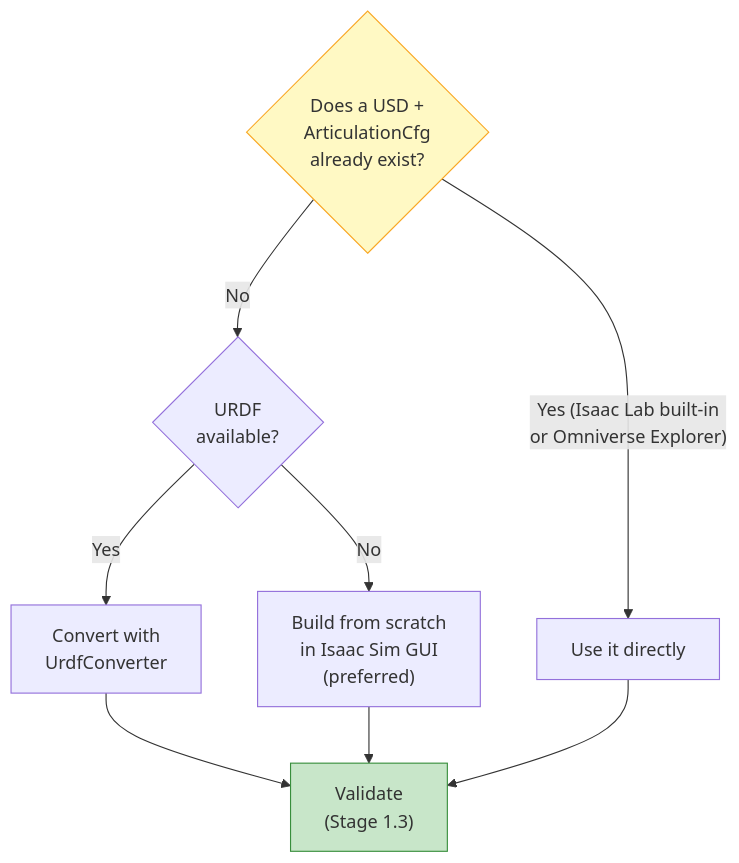
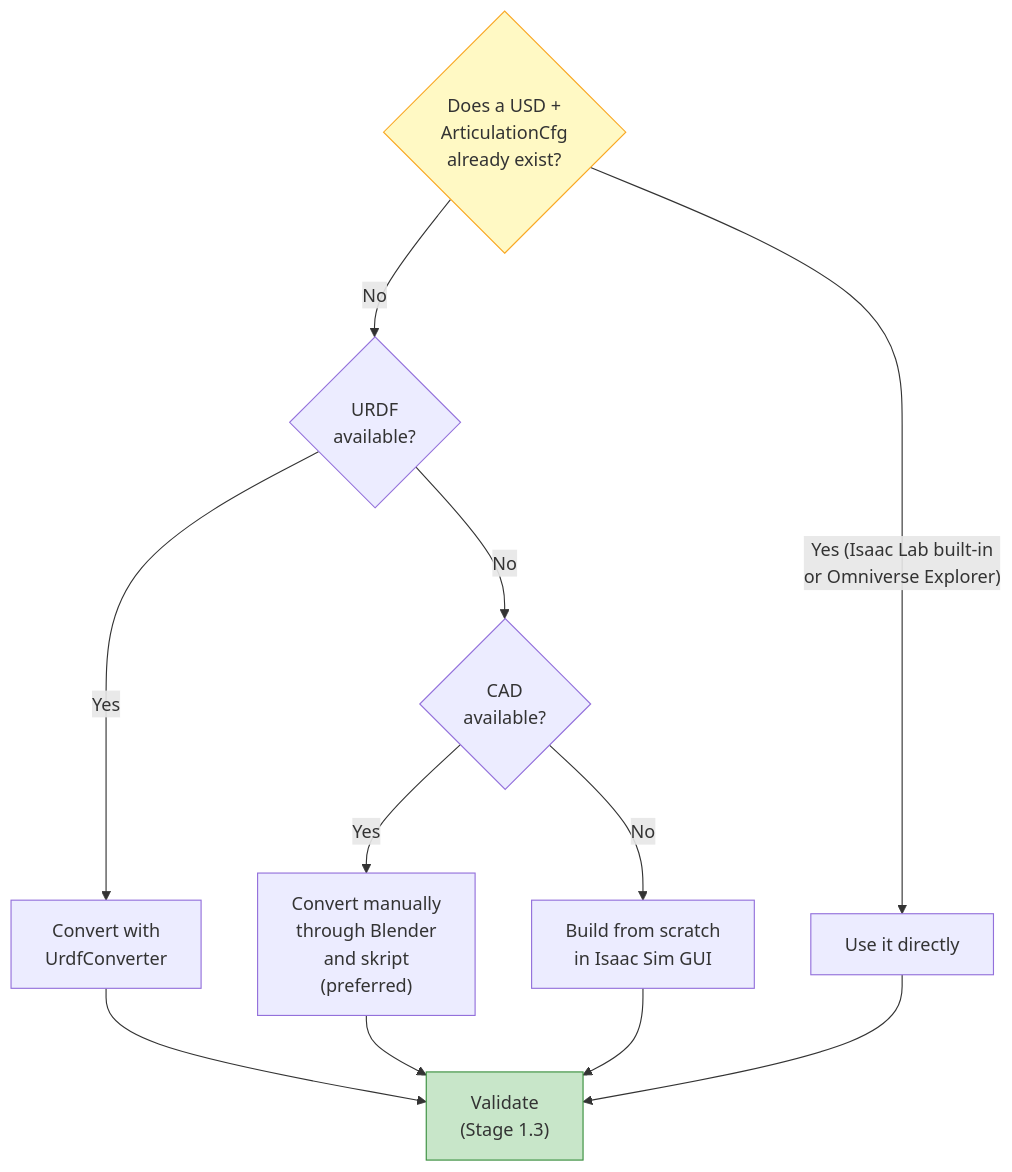
One commit to gMey00/tendonbot-sim-rl changed the second of 6 diagrams in doc/workflow_guide.md. Above: the diagram before and after it, drawn with Mermaid. The commit also changed other lines of this file and 1 other file, not shown here.

Commit message:
Update workflow guides for used cad to sim workflow

````diff
--- a/doc/workflow_guide.md
+++ b/doc/workflow_guide.md
@@ -82,14 +82,17 @@
 ```mermaid
 flowchart TD
     Q{"Does a USD +<br/>ArticulationCfg<br/>already exist?"}
     Q -- "Yes (Isaac Lab built-in<br/>or Omniverse Explorer)" --> U["Use it directly"]
     Q -- "No" --> B{"URDF<br/>available?"}
     B -- "Yes" --> C["Convert with<br/>UrdfConverter"]
-    B -- "No" --> D["Build from scratch<br/>in Isaac Sim GUI<br/>(preferred)"]
+    B -- "No" --> B2{"CAD<br/>available?"}
+    B2 -- "Yes" --> D1["Convert manually<br/>through Blender<br/>and skript<br/>(preferred)"]
+    B2 -- "No" --> D2["Build from scratch<br/>in Isaac Sim GUI"]
     C --> V["Validate<br/>(Stage 1.3)"]
-    D --> V
+    D1 --> V
+    D2 --> V
     U --> V
 
     style Q fill:#FFF9C4,stroke:#F9A825
     style V fill:#C8E6C9,stroke:#388E3C
 ```
````
